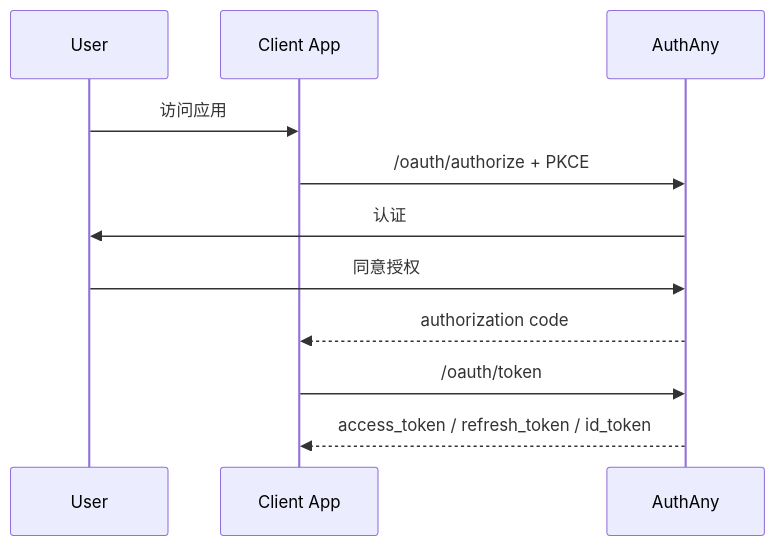
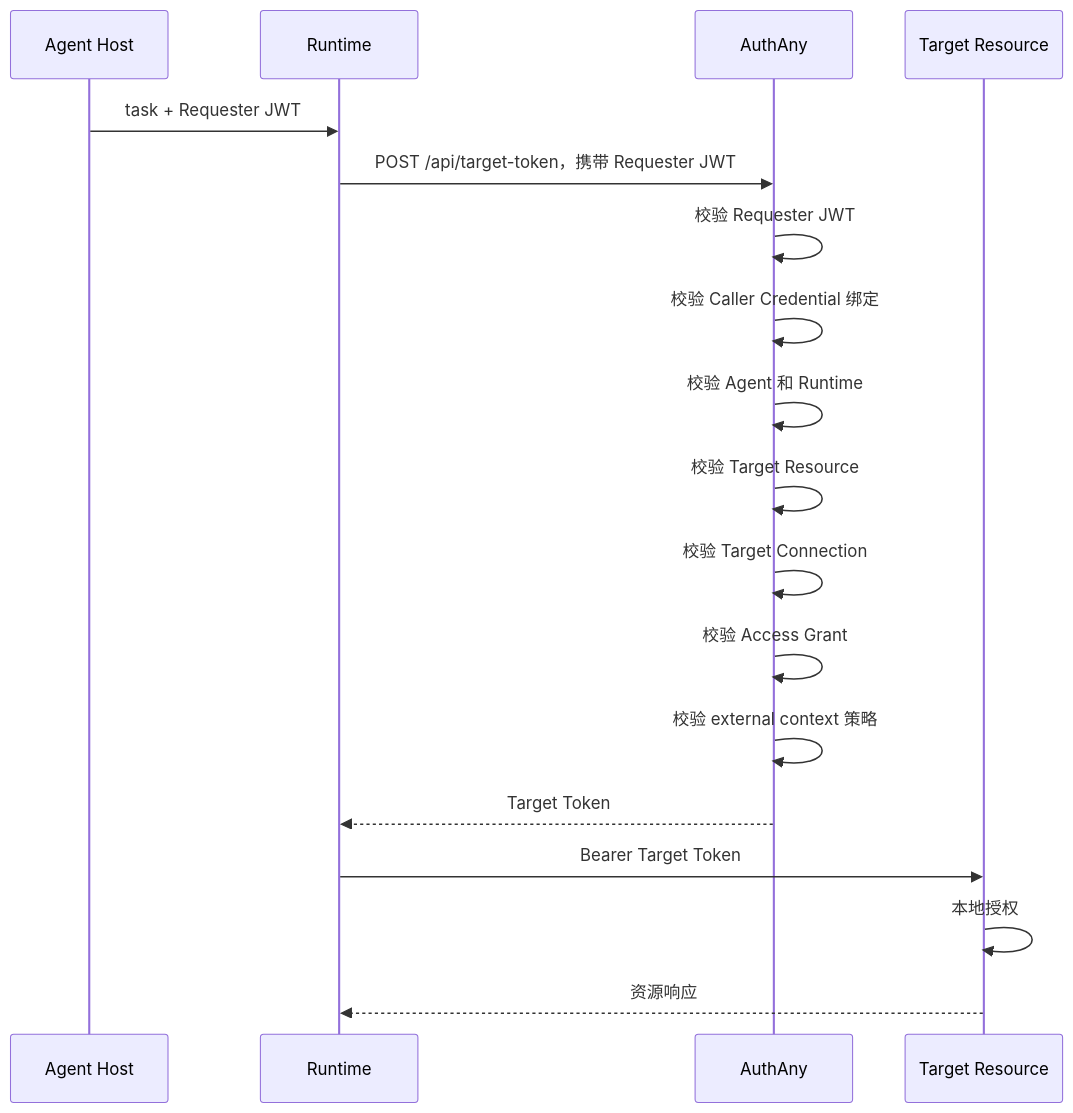
One commit to renxqoo/Authany changed the first of 6 diagrams in specs/15-ALL-FLOWS.md. Above: the diagram before and after it, drawn with Mermaid. The commit also changed other lines of this file and 310 other files, not shown here.

Commit message:
feat: harden security flows and reorganize example apps

````diff
--- a/specs/15-ALL-FLOWS.md
+++ b/specs/15-ALL-FLOWS.md
@@ -38,14 +9,21 @@
 ```mermaid
 sequenceDiagram
-    participant U as User
-    participant C as Client App
+    participant H as Agent Host
+    participant R as Runtime
     participant A as AuthAny
+    participant T as Target Resource
 
-    U->>C: 访问应用
-    C->>A: /oauth/authorize + PKCE
-    A->>U: 认证
-    U->>A: 同意授权
-    A-->>C: authorization code
-    C->>A: /oauth/token
-    A-->>C: access_token / refresh_token / id_token
+    H->>R: task + Requester JWT
+    R->>A: POST /api/target-token，携带 Requester JWT
+    A->>A: 校验 Requester JWT
+    A->>A: 校验 Caller Credential 绑定
+    A->>A: 校验 Agent 和 Runtime
+    A->>A: 校验 Target Resource
+    A->>A: 校验 Target Connection
+    A->>A: 校验 Access Grant
+    A->>A: 校验 external context 策略
+    A-->>R: Target Token
+    R->>T: Bearer Target Token
+    T->>T: 本地授权
+    T-->>R: 资源响应
 ```
````
